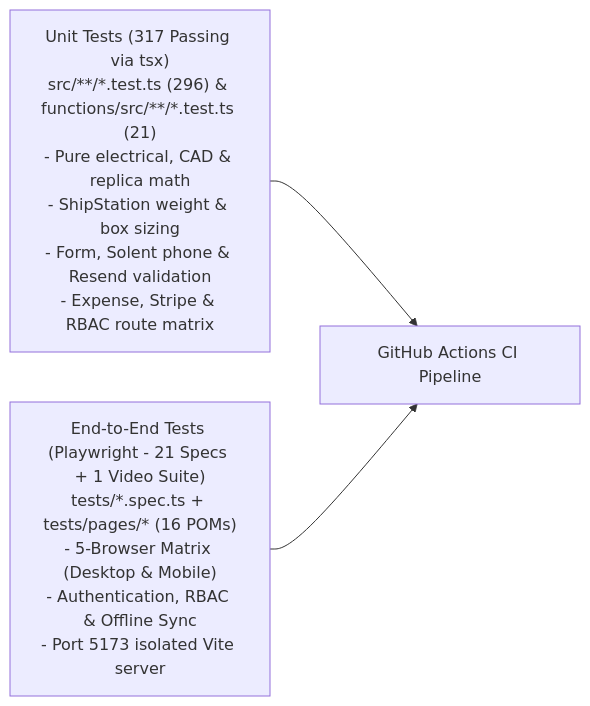
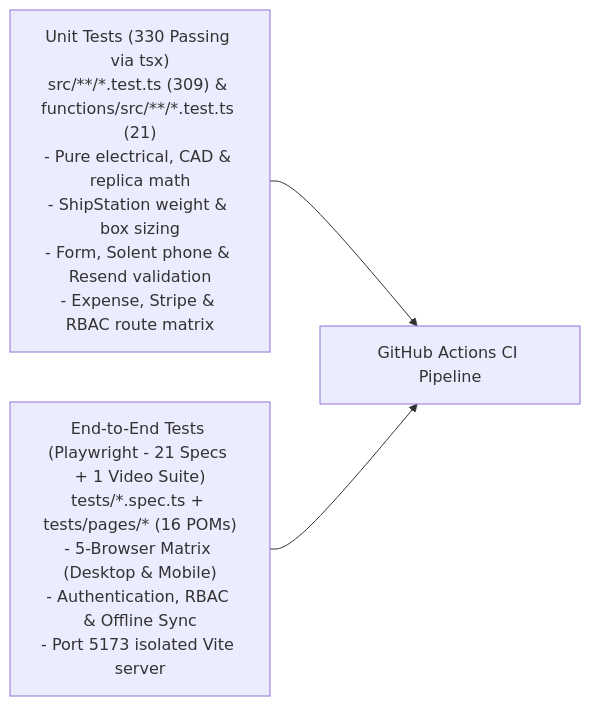
The second of 2 diagrams in README.md (AnthonyWrather/ajwmes), drawn with Mermaid before and after one commit. The commit also changed other lines of this file and 10 other files, not shown here.

````diff
--- a/README.md
+++ b/README.md
@@ -110,8 +110,8 @@
 ```mermaid
 flowchart LR
-    Unit["Unit Tests (317 Passing via tsx)\nsrc/**/*.test.ts (296) & functions/src/**/*.test.ts (21)\n- Pure electrical, CAD & replica math\n- ShipStation weight & box sizing\n- Form, Solent phone & Resend validation\n- Expense, Stripe & RBAC route matrix"]
+    Unit["Unit Tests (330 Passing via tsx)\nsrc/**/*.test.ts (309) & functions/src/**/*.test.ts (21)\n- Pure electrical, CAD & replica math\n- ShipStation weight & box sizing\n- Form, Solent phone & Resend validation\n- Expense, Stripe & RBAC route matrix"]
     E2E["End-to-End Tests (Playwright - 21 Specs + 1 Video Suite)\ntests/*.spec.ts + tests/pages/* (16 POMs)\n- 5-Browser Matrix (Desktop & Mobile)\n- Authentication, RBAC & Offline Sync\n- Port 5173 isolated Vite server"]
     
     Unit --> CI["GitHub Actions CI Pipeline"]
     E2E --> CI
 ```
````
